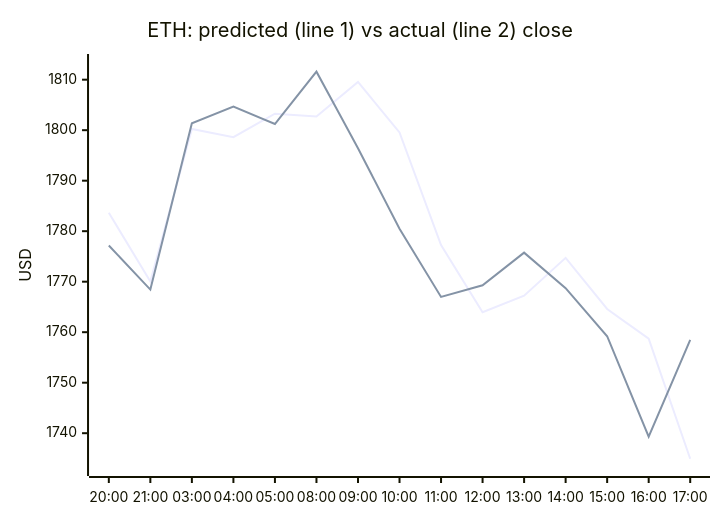
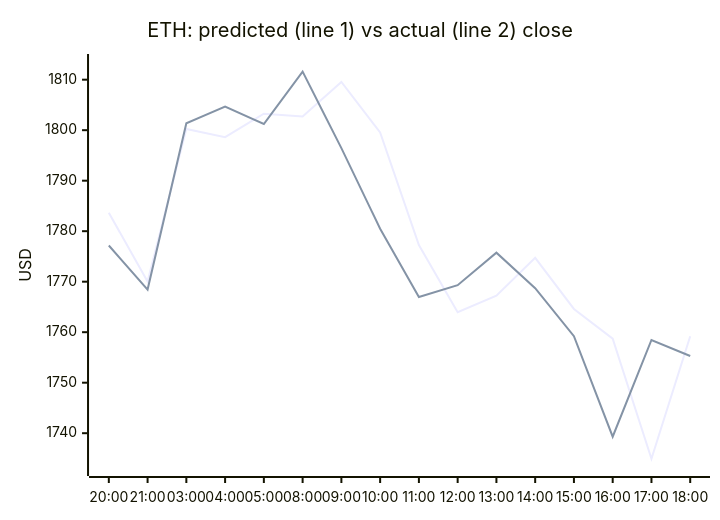
The second of 4 diagrams in README.md (samuelkreitl-wq/crypto-hourly-forecaster), drawn with Mermaid before and after one commit. The commit also changed other lines of this file and 14 other files, not shown here.

````diff
--- a/README.md
+++ b/README.md
@@ -47,8 +47,8 @@
 ```mermaid
 xychart-beta
     title "ETH: predicted (line 1) vs actual (line 2) close"
-    x-axis ["20:00", "21:00", "03:00", "04:00", "05:00", "08:00", "09:00", "10:00", "11:00", "12:00", "13:00", "14:00", "15:00", "16:00", "17:00"]
+    x-axis ["20:00", "21:00", "03:00", "04:00", "05:00", "08:00", "09:00", "10:00", "11:00", "12:00", "13:00", "14:00", "15:00", "16:00", "17:00", "18:00"]
     y-axis "USD" 1733.2077 --> 1813.4016
-    line [1783.6536, 1770.0216, 1800.2369, 1798.6210, 1803.2721, 1802.7104, 1809.5477, 1799.5438, 1777.2612, 1763.9669, 1767.2241, 1774.7205, 1764.5976, 1758.7069, 1734.9427]
-    line [1777.1700, 1768.4400, 1801.3700, 1804.6700, 1801.2200, 1811.5900, 1796.4400, 1780.4900, 1766.9800, 1769.3000, 1775.7500, 1768.7100, 1759.2000, 1739.3100, 1758.4600]
+    line [1783.6536, 1770.0216, 1800.2369, 1798.6210, 1803.2721, 1802.7104, 1809.5477, 1799.5438, 1777.2612, 1763.9669, 1767.2241, 1774.7205, 1764.5976, 1758.7069, 1734.9427, 1759.2032]
+    line [1777.1700, 1768.4400, 1801.3700, 1804.6700, 1801.2200, 1811.5900, 1796.4400, 1780.4900, 1766.9800, 1769.3000, 1775.7500, 1768.7100, 1759.2000, 1739.3100, 1758.4600, 1755.2900]
 ```
````
